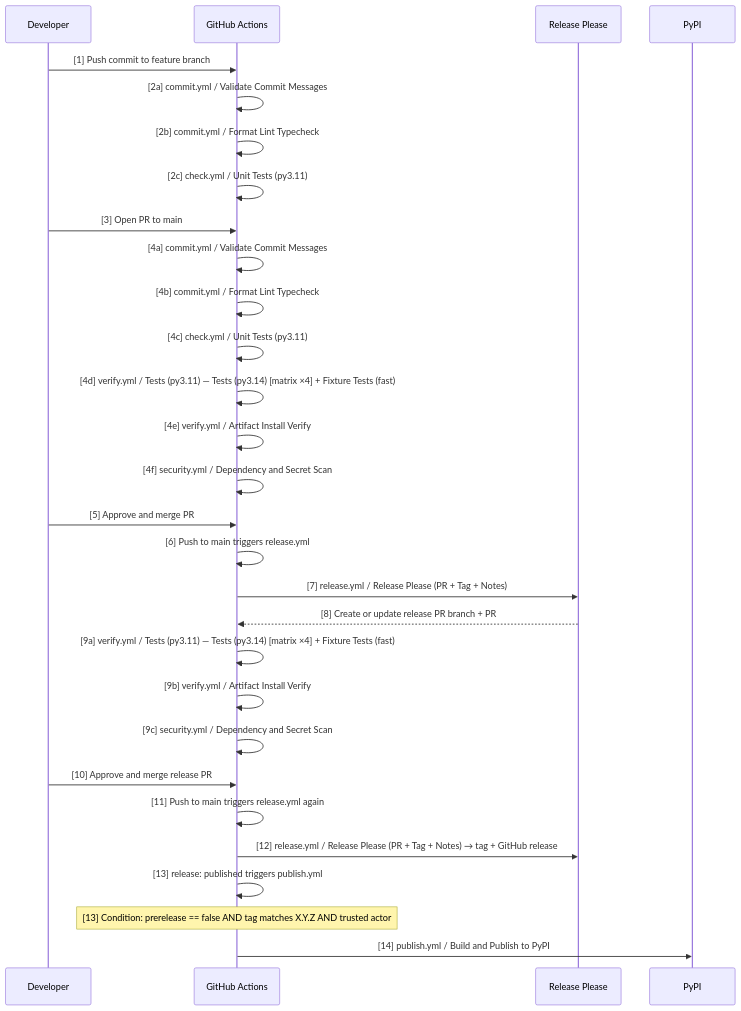
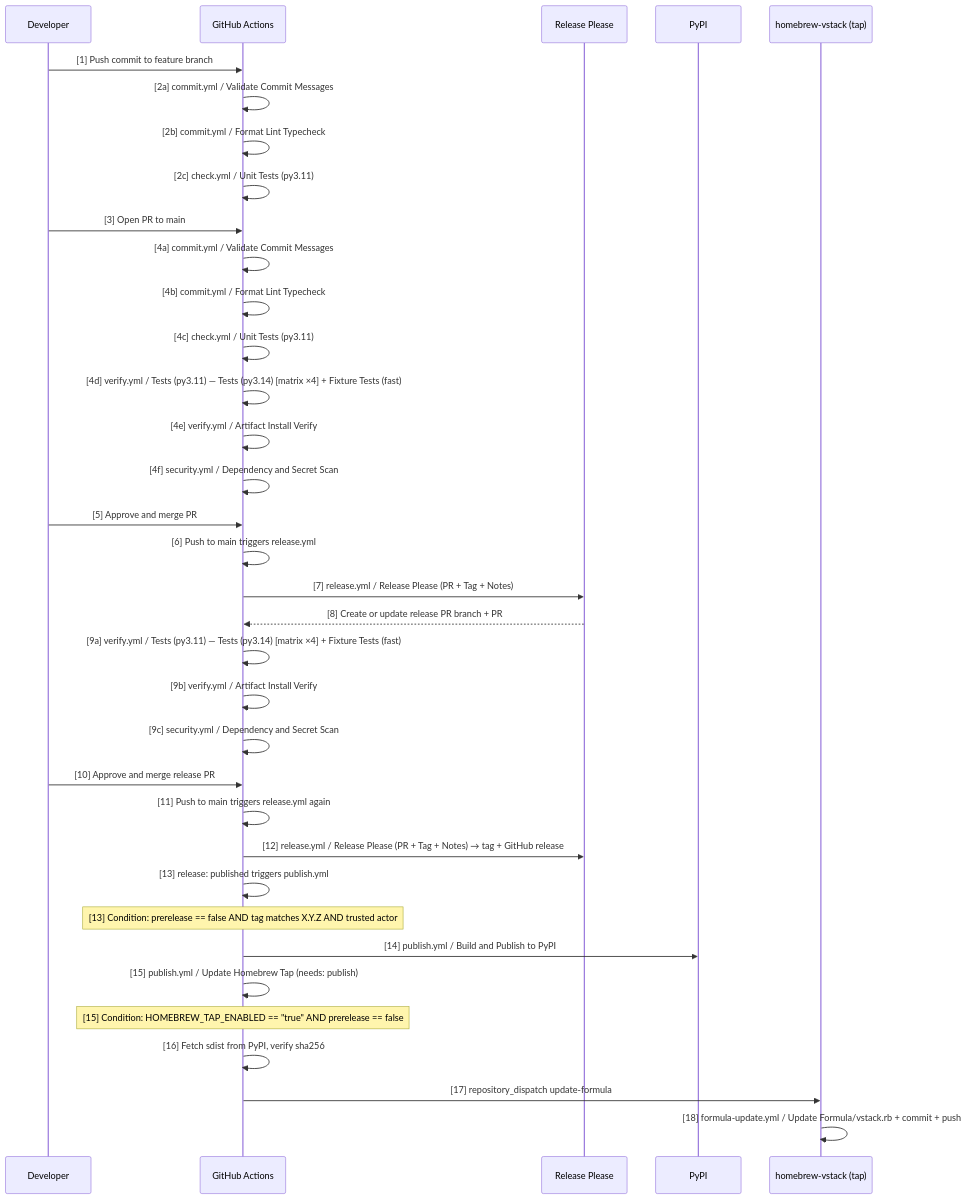
The first of 2 diagrams in docs/design/cicd.md (eschaar/vstack), drawn with Mermaid before and after one commit. The commit also changed other lines of this file and 12 other files, not shown here.

Commit message:
feat: add Homebrew distribution channel for vstack (#66)

````diff
--- a/docs/design/cicd.md
+++ b/docs/design/cicd.md
@@ -38,36 +38,42 @@
 ```mermaid
 sequenceDiagram
    participant Dev as Developer
    participant GH as GitHub Actions
    participant RP as Release Please
    participant PyPI as PyPI
+   participant TAP as homebrew-vstack (tap)
 
    Dev->>GH: [1] Push commit to feature branch
    GH->>GH: [2a] commit.yml / Validate Commit Messages
    GH->>GH: [2b] commit.yml / Format Lint Typecheck
    GH->>GH: [2c] check.yml / Unit Tests (py3.11)
 
    Dev->>GH: [3] Open PR to main
    GH->>GH: [4a] commit.yml / Validate Commit Messages
    GH->>GH: [4b] commit.yml / Format Lint Typecheck
    GH->>GH: [4c] check.yml / Unit Tests (py3.11)
    GH->>GH: [4d] verify.yml / Tests (py3.11) — Tests (py3.14) [matrix ×4] + Fixture Tests (fast)
    GH->>GH: [4e] verify.yml / Artifact Install Verify
    GH->>GH: [4f] security.yml / Dependency and Secret Scan
    Dev->>GH: [5] Approve and merge PR
 
    GH->>GH: [6] Push to main triggers release.yml
    GH->>RP: [7] release.yml / Release Please (PR + Tag + Notes)
    RP-->>GH: [8] Create or update release PR branch + PR
    GH->>GH: [9a] verify.yml / Tests (py3.11) — Tests (py3.14) [matrix ×4] + Fixture Tests (fast)
    GH->>GH: [9b] verify.yml / Artifact Install Verify
    GH->>GH: [9c] security.yml / Dependency and Secret Scan
 
    Dev->>GH: [10] Approve and merge release PR
    GH->>GH: [11] Push to main triggers release.yml again
    GH->>RP: [12] release.yml / Release Please (PR + Tag + Notes) → tag + GitHub release
 
    GH->>GH: [13] release: published triggers publish.yml
    Note over GH: [13] Condition: prerelease == false AND tag matches X.Y.Z AND trusted actor
    GH->>PyPI: [14] publish.yml / Build and Publish to PyPI
+   GH->>GH: [15] publish.yml / Update Homebrew Tap (needs: publish)
+   Note over GH: [15] Condition: HOMEBREW_TAP_ENABLED == "true" AND prerelease == false
+   GH->>GH: [16] Fetch sdist from PyPI, verify sha256
+   GH->>TAP: [17] repository_dispatch update-formula
+   TAP->>TAP: [18] formula-update.yml / Update Formula/vstack.rb + commit + push
 ```
````
